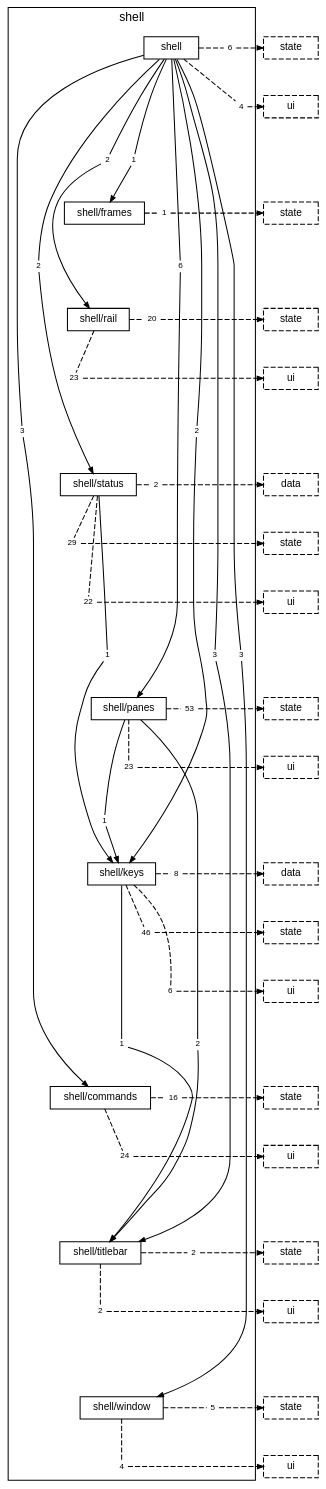
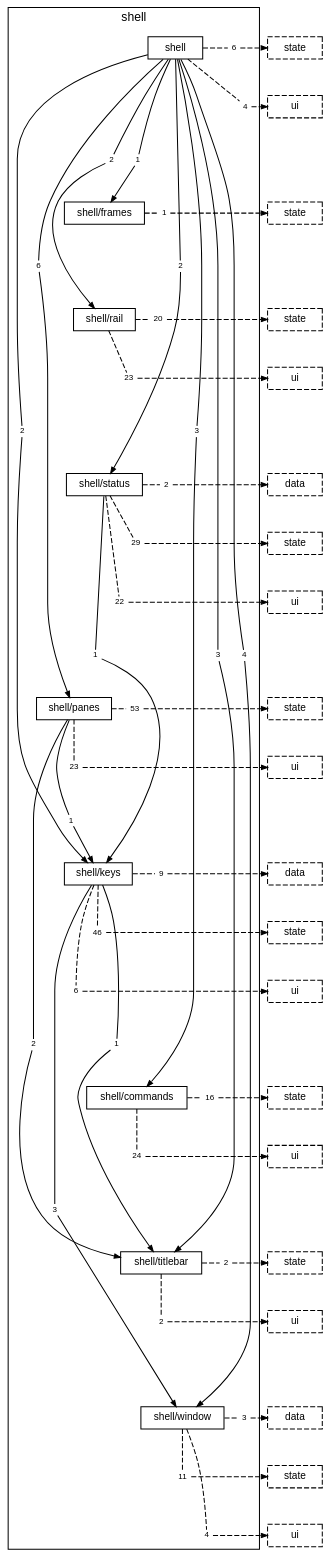
The diagram in docs/diagrams/layer-shell.dot (TheAxeC/oculus), drawn with Graphviz before and after one commit. The commit also changed 106 other files, not shown here.

```diff
--- a/docs/diagrams/layer-shell.dot
+++ b/docs/diagrams/layer-shell.dot
@@ -20,7 +20,7 @@
         "folder shell to folder shell/rail" [label="2", shape=box, color="transparent", fontsize=8, width=0, height=0, margin="0.04,0.02"];
         "folder shell to folder shell/status" [label="2", shape=box, color="transparent", fontsize=8, width=0, height=0, margin="0.04,0.02"];
         "folder shell to folder shell/titlebar" [label="3", shape=box, color="transparent", fontsize=8, width=0, height=0, margin="0.04,0.02"];
-        "folder shell to folder shell/window" [label="3", shape=box, color="transparent", fontsize=8, width=0, height=0, margin="0.04,0.02"];
+        "folder shell to folder shell/window" [label="4", shape=box, color="transparent", fontsize=8, width=0, height=0, margin="0.04,0.02"];
         "folder shell to layer state" [label="6", shape=box, color="transparent", fontsize=8, width=0, height=0, margin="0.04,0.02"];
         "folder shell to layer ui" [label="4", shape=box, color="transparent", fontsize=8, width=0, height=0, margin="0.04,0.02"];
         "folder shell/frames to layer state" [label="1", shape=box, color="transparent", fontsize=8, width=0, height=0, margin="0.04,0.02"];
@@ -35,14 +35,16 @@
         "folder shell/panes to layer state" [label="53", shape=box, color="transparent", fontsize=8, width=0, height=0, margin="0.04,0.02"];
         "folder shell/panes to layer ui" [label="23", shape=box, color="transparent", fontsize=8, width=0, height=0, margin="0.04,0.02"];
         "folder shell/keys to folder shell/titlebar" [label="1", shape=box, color="transparent", fontsize=8, width=0, height=0, margin="0.04,0.02"];
-        "folder shell/keys to layer data" [label="8", shape=box, color="transparent", fontsize=8, width=0, height=0, margin="0.04,0.02"];
+        "folder shell/keys to folder shell/window" [label="3", shape=box, color="transparent", fontsize=8, width=0, height=0, margin="0.04,0.02"];
+        "folder shell/keys to layer data" [label="9", shape=box, color="transparent", fontsize=8, width=0, height=0, margin="0.04,0.02"];
         "folder shell/keys to layer state" [label="46", shape=box, color="transparent", fontsize=8, width=0, height=0, margin="0.04,0.02"];
         "folder shell/keys to layer ui" [label="6", shape=box, color="transparent", fontsize=8, width=0, height=0, margin="0.04,0.02"];
         "folder shell/commands to layer state" [label="16", shape=box, color="transparent", fontsize=8, width=0, height=0, margin="0.04,0.02"];
         "folder shell/commands to layer ui" [label="24", shape=box, color="transparent", fontsize=8, width=0, height=0, margin="0.04,0.02"];
         "folder shell/titlebar to layer state" [label="2", shape=box, color="transparent", fontsize=8, width=0, height=0, margin="0.04,0.02"];
         "folder shell/titlebar to layer ui" [label="2", shape=box, color="transparent", fontsize=8, width=0, height=0, margin="0.04,0.02"];
-        "folder shell/window to layer state" [label="5", shape=box, color="transparent", fontsize=8, width=0, height=0, margin="0.04,0.02"];
+        "folder shell/window to layer data" [label="3", shape=box, color="transparent", fontsize=8, width=0, height=0, margin="0.04,0.02"];
+        "folder shell/window to layer state" [label="11", shape=box, color="transparent", fontsize=8, width=0, height=0, margin="0.04,0.02"];
         "folder shell/window to layer ui" [label="4", shape=box, color="transparent", fontsize=8, width=0, height=0, margin="0.04,0.02"];
     }
     "layer state from folder shell" [label="state", style=dashed];
@@ -62,6 +64,7 @@
     "layer ui from folder shell/commands" [label="ui", style=dashed];
     "layer state from folder shell/titlebar" [label="state", style=dashed];
     "layer ui from folder shell/titlebar" [label="ui", style=dashed];
+    "layer data from folder shell/window" [label="data", style=dashed];
     "layer state from folder shell/window" [label="state", style=dashed];
     "layer ui from folder shell/window" [label="ui", style=dashed];
     "folder shell" -> "folder shell/frames" [style=invis, weight=10, minlen=3];
@@ -126,6 +129,8 @@
     { rank=same; "folder shell/panes to layer ui"; "layer ui from folder shell/panes"; }
     "folder shell/keys" -> "folder shell/keys to folder shell/titlebar" [arrowhead=none, minlen=3, weight=10];
     "folder shell/keys to folder shell/titlebar" -> "folder shell/titlebar" [];
+    "folder shell/keys" -> "folder shell/keys to folder shell/window" [arrowhead=none, minlen=6, weight=10];
+    "folder shell/keys to folder shell/window" -> "folder shell/window" [];
     "folder shell/keys" -> "folder shell/keys to layer data" [arrowhead=none, style=dashed];
     "folder shell/keys to layer data" -> "layer data from folder shell/keys" [style=dashed];
     { rank=same; "folder shell/keys"; "folder shell/keys to layer data"; "layer data from folder shell/keys"; }
@@ -147,10 +152,13 @@
     "folder shell/titlebar" -> "folder shell/titlebar to layer ui" [arrowhead=none, style=dashed, minlen=1, weight=10];
     "folder shell/titlebar to layer ui" -> "layer ui from folder shell/titlebar" [style=dashed];
     { rank=same; "folder shell/titlebar to layer ui"; "layer ui from folder shell/titlebar"; }
-    "folder shell/window" -> "folder shell/window to layer state" [arrowhead=none, style=dashed];
+    "folder shell/window" -> "folder shell/window to layer data" [arrowhead=none, style=dashed];
+    "folder shell/window to layer data" -> "layer data from folder shell/window" [style=dashed];
+    { rank=same; "folder shell/window"; "folder shell/window to layer data"; "layer data from folder shell/window"; }
+    "folder shell/window" -> "folder shell/window to layer state" [arrowhead=none, style=dashed, minlen=1, weight=10];
     "folder shell/window to layer state" -> "layer state from folder shell/window" [style=dashed];
-    { rank=same; "folder shell/window"; "folder shell/window to layer state"; "layer state from folder shell/window"; }
-    "folder shell/window" -> "folder shell/window to layer ui" [arrowhead=none, style=dashed, minlen=1, weight=10];
+    { rank=same; "folder shell/window to layer state"; "layer state from folder shell/window"; }
+    "folder shell/window" -> "folder shell/window to layer ui" [arrowhead=none, style=dashed, minlen=2, weight=10];
     "folder shell/window to layer ui" -> "layer ui from folder shell/window" [style=dashed];
     { rank=same; "folder shell/window to layer ui"; "layer ui from folder shell/window"; }
 }
```
